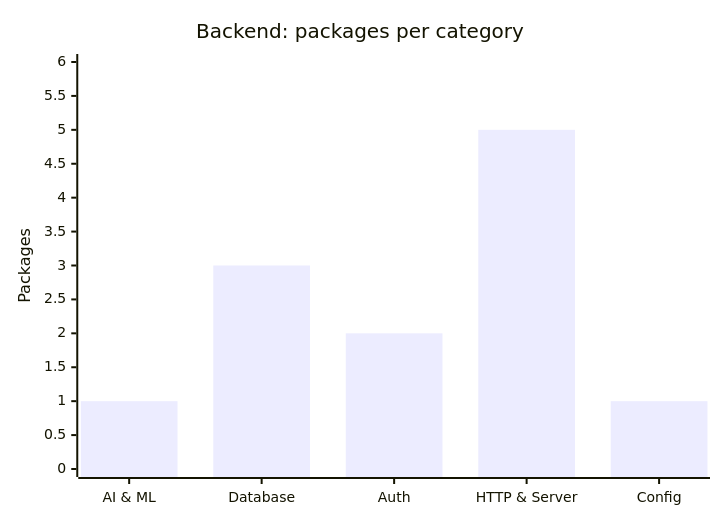
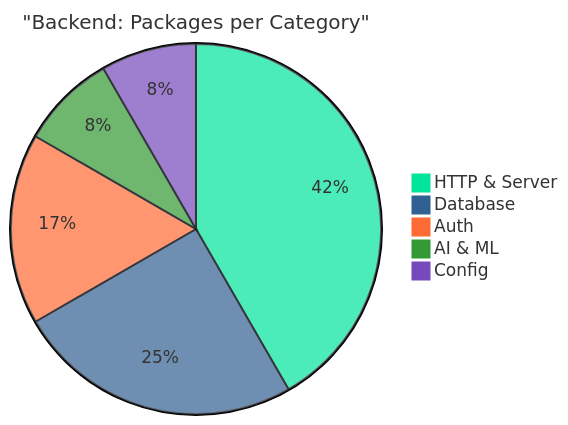
Before and after one commit to boxbiswas/AI_CODE_REVIEW_ASSISTANT: the fifth of 6 diagrams in README.md, drawn with Mermaid. The commit also changed other lines of this file, not shown here.

Commit message:
docs: update README with pie charts and Render, fix Vercel SPA routing

````diff
--- a/README.md
+++ b/README.md
@@ -230,7 +230,9 @@
 ```mermaid
-xychart-beta
-    title "Backend: packages per category"
-    x-axis ["AI & ML", "Database", "Auth", "HTTP & Server", "Config"]
-    y-axis "Packages" 0 --> 6
-    bar [1, 3, 2, 5, 1]
+%%{init: {'theme': 'base', 'themeVariables': { 'pie1': '#00E599', 'pie2': '#316192', 'pie3': '#FF6B35', 'pie4': '#339933', 'pie5': '#764ABC', 'pieStrokeColor': '#20232A', 'pieStrokeWidth': '2px', 'textPosition': '0.5', 'pieTitleTextSize': '20px' }}}%%
+pie title "Backend: Packages per Category"
+    "HTTP & Server" : 5
+    "Database" : 3
+    "Auth" : 2
+    "AI & ML" : 1
+    "Config" : 1
 ```
````
